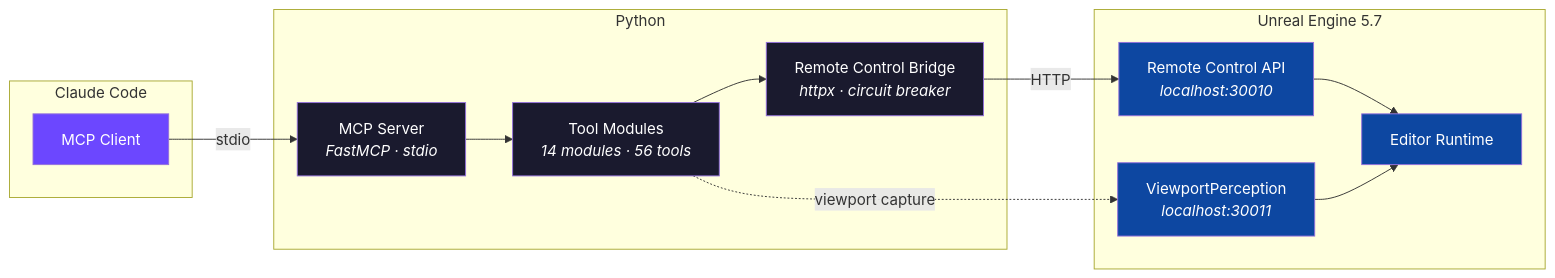
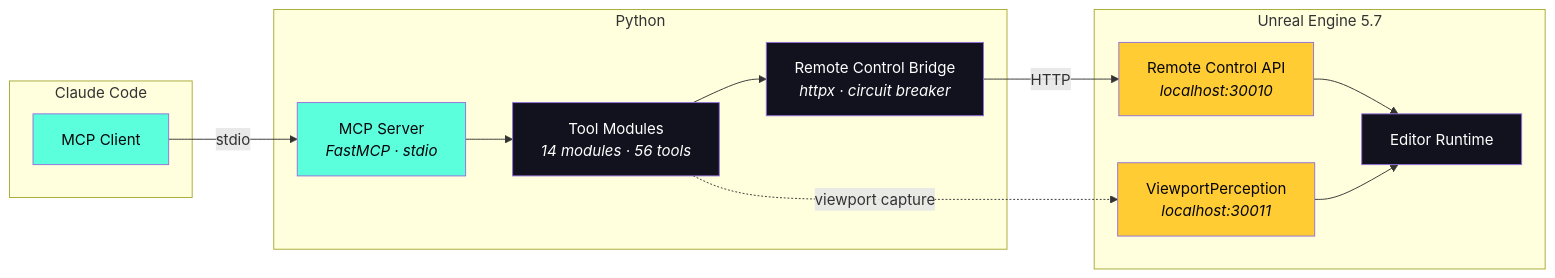
One commit to JosephOIbrahim/UnrealEngine_Bridge changed the first of 2 diagrams in README.md. Above: the diagram before and after it, drawn with Mermaid. The commit also changed other lines of this file, not shown here.

First line of the commit message:
docs(readme): add status badges + recolor mermaid to the real brand palette (#9)

````diff
--- a/README.md
+++ b/README.md
@@ -11,31 +17,31 @@
 ```mermaid
 graph LR
     subgraph Claude Code
         A[MCP Client]
     end
 
     subgraph Python
         B[MCP Server<br/><i>FastMCP · stdio</i>]
         B --> C[Tool Modules<br/><i>14 modules · 56 tools</i>]
         C --> D[Remote Control Bridge<br/><i>httpx · circuit breaker</i>]
     end
 
     subgraph Unreal Engine 5.7
         E[Remote Control API<br/><i>localhost:30010</i>]
         E --> F[Editor Runtime]
         G[ViewportPerception<br/><i>localhost:30011</i>]
         G --> F
     end
 
     A -- stdio --> B
     D -- HTTP --> E
     C -. viewport capture .-> G
 
-    style A fill:#6C47FF,color:#fff
-    style B fill:#1a1a2e,color:#fff
-    style C fill:#1a1a2e,color:#fff
-    style D fill:#1a1a2e,color:#fff
-    style E fill:#0d47a1,color:#fff
-    style F fill:#0d47a1,color:#fff
-    style G fill:#0d47a1,color:#fff
+    style A fill:#5CFFDB,color:#05050D
+    style B fill:#5CFFDB,color:#05050D
+    style C fill:#12121F,color:#fff
+    style D fill:#12121F,color:#fff
+    style E fill:#FFCC33,color:#05050D
+    style F fill:#12121F,color:#fff
+    style G fill:#FFCC33,color:#05050D
 ```
````
